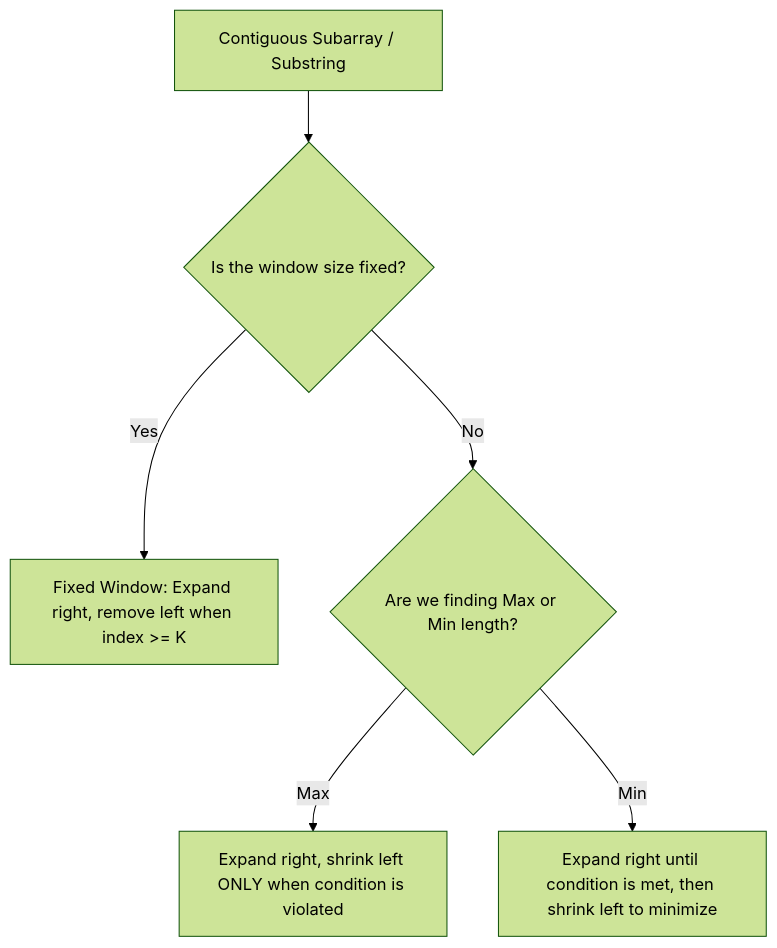
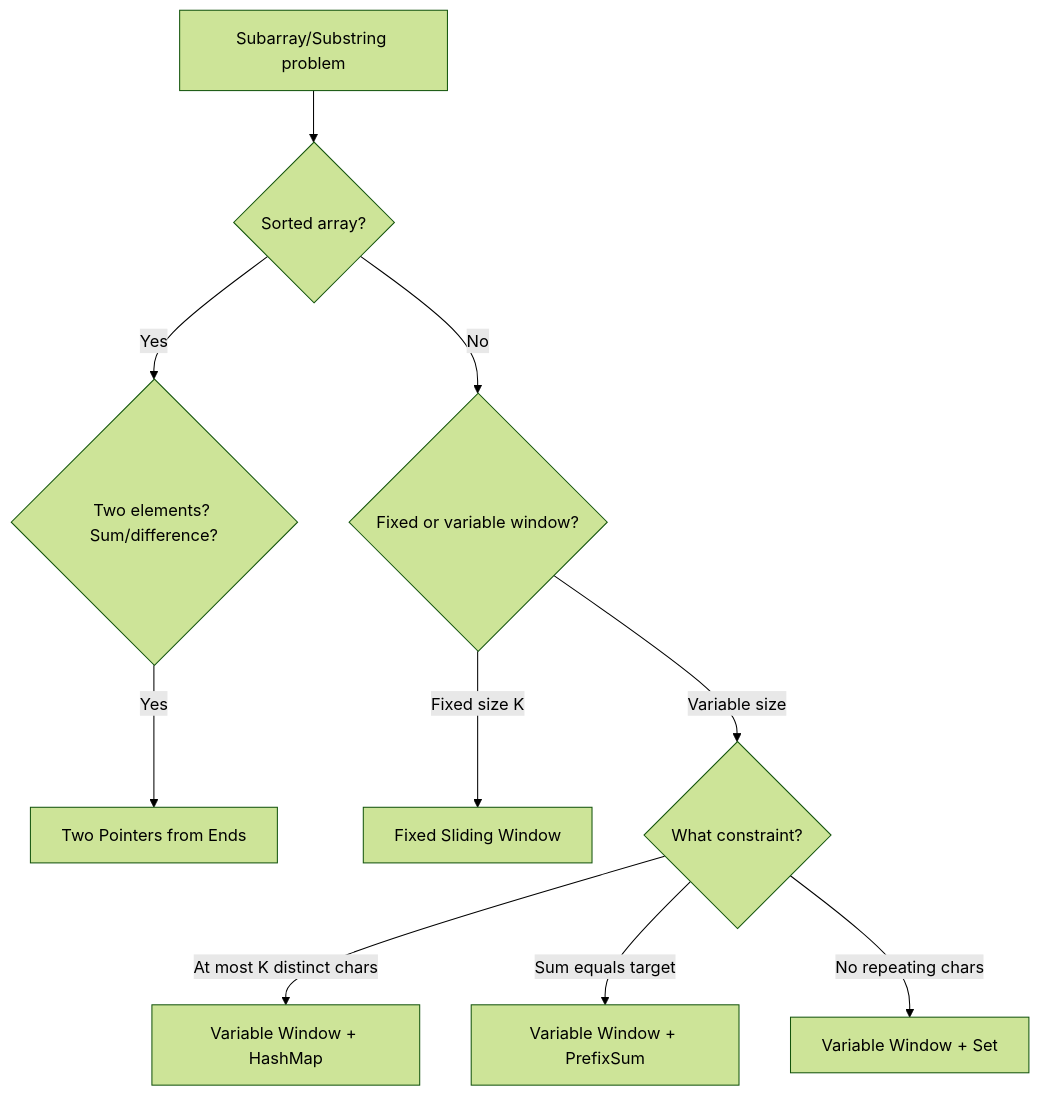
Before and after one commit to Omkar4112/Placement-Preparation-Hub: the third of 7 diagrams in Ultimate_DSA_Placement_Handbook.md, drawn with Mermaid (forest theme). The commit also changed other lines of this file, not shown here.

````diff
--- a/Ultimate_DSA_Placement_Handbook.md
+++ b/Ultimate_DSA_Placement_Handbook.md
@@ -855,8 +653,12 @@
 ```mermaid
 graph TD
-    Start[Contiguous Subarray / Substring] --> A{Is the window size fixed?}
-    A -- Yes --> B[Fixed Window: Expand right, remove left when index >= K]
-    A -- No --> C{Are we finding Max or Min length?}
-    C -- Max --> D[Expand right, shrink left ONLY when condition is violated]
-    C -- Min --> E[Expand right until condition is met, then shrink left to minimize]
+    A[Subarray/Substring problem] --> B{Sorted array?}
+    B -- Yes --> C{Two elements? Sum/difference?}
+    C -- Yes --> D[Two Pointers from Ends]
+    B -- No --> E{Fixed or variable window?}
+    E -- Fixed size K --> F[Fixed Sliding Window]
+    E -- Variable size --> G{What constraint?}
+    G -- At most K distinct chars --> H[Variable Window + HashMap]
+    G -- Sum equals target --> I[Variable Window + PrefixSum]
+    G -- No repeating chars --> J[Variable Window + Set]
 ```
````
